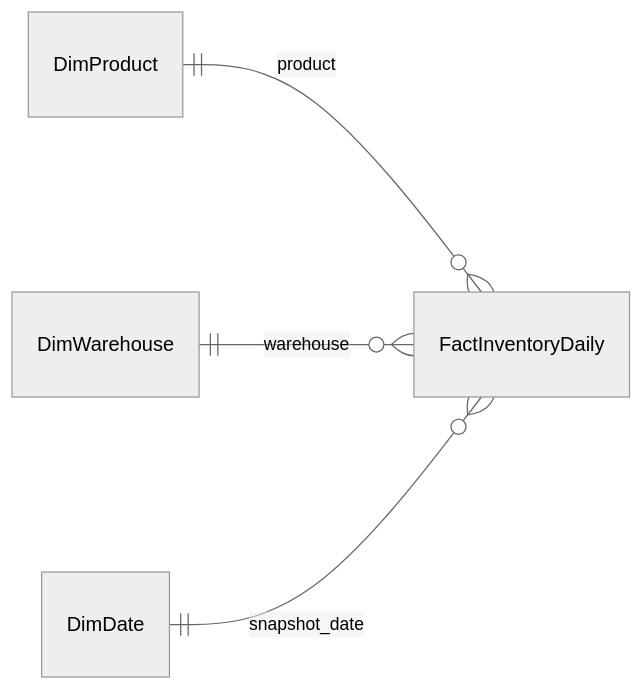
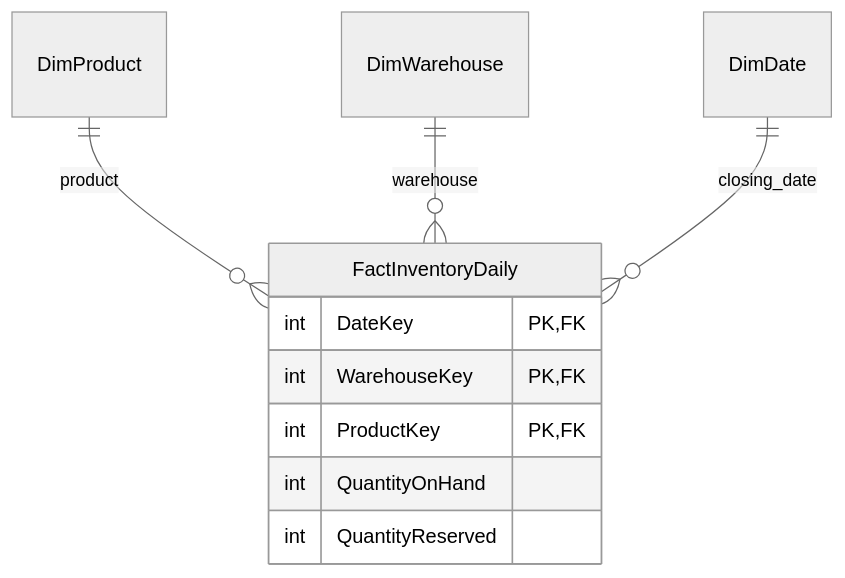
The fifth of 5 diagrams in 25-days-of-data-analytics/day-02-database-design-dml-null/logistics-supply-chain-design/README.md (ZeadRN/20-Days-SQL-Challenge), drawn with Mermaid (neutral theme) before and after one commit. The commit also changed other lines of this file, not shown here.

````diff
--- a/25-days-of-data-analytics/day-02-database-design-dml-null/logistics-supply-chain-design/README.md
+++ b/25-days-of-data-analytics/day-02-database-design-dml-null/logistics-supply-chain-design/README.md
@@ -165,7 +193,14 @@
 ```mermaid
 erDiagram
-    direction LR
+    direction TB
     DimProduct ||--o{ FactInventoryDaily : product
     DimWarehouse ||--o{ FactInventoryDaily : warehouse
-    DimDate ||--o{ FactInventoryDaily : snapshot_date
+    DimDate ||--o{ FactInventoryDaily : closing_date
+    FactInventoryDaily {
+        int DateKey PK, FK
+        int WarehouseKey PK, FK
+        int ProductKey PK, FK
+        int QuantityOnHand
+        int QuantityReserved
+    }
 ```
````
